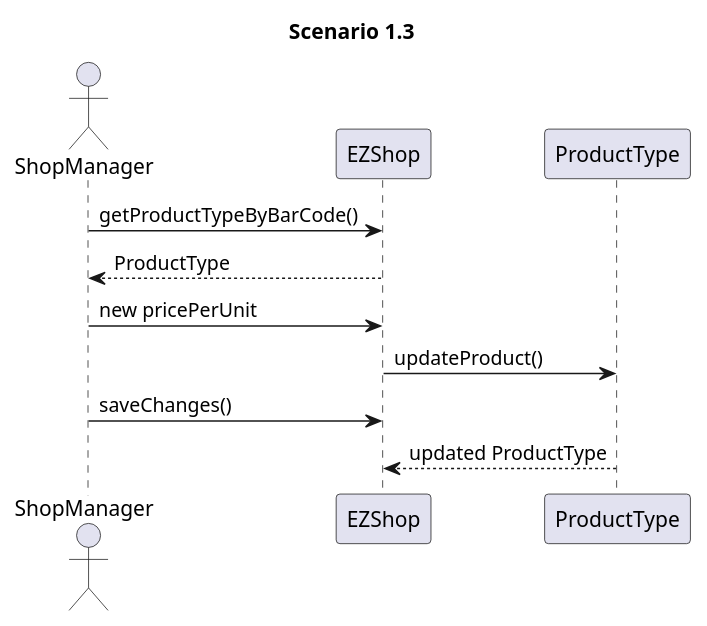
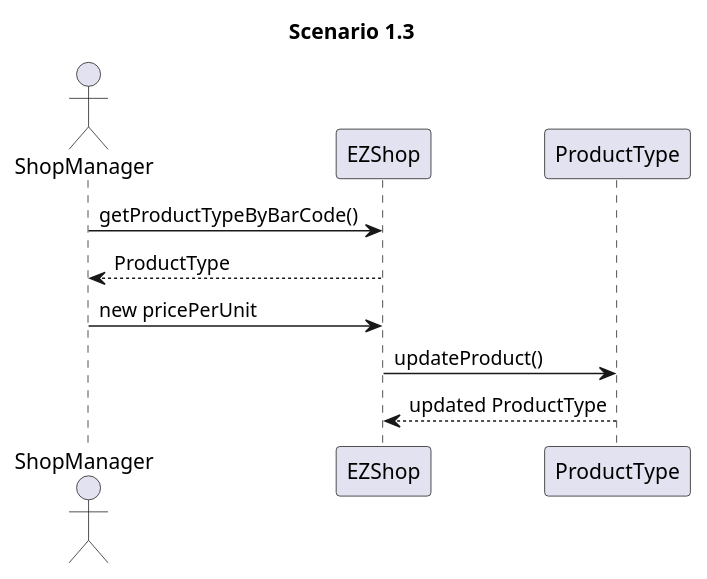
The third of 8 diagrams in Deliverables/DesignDocument.md (marco-ballario/EzShop), drawn with PlantUML before and after one commit. The commit also changed other lines of this file, not shown here.

Commit message:
docs: remove saveChanges() method

````diff
--- a/Deliverables/DesignDocument.md
+++ b/Deliverables/DesignDocument.md
@@ -261,10 +261,9 @@
 ```plantuml
 title Scenario 1.3
 actor ShopManager
 ShopManager -> EZShop : getProductTypeByBarCode()
 EZShop --> ShopManager : ProductType
 ShopManager -> EZShop : new pricePerUnit
 EZShop -> ProductType: updateProduct()
-ShopManager -> EZShop : saveChanges()
 ProductType --> EZShop : updated ProductType
 ```
````
